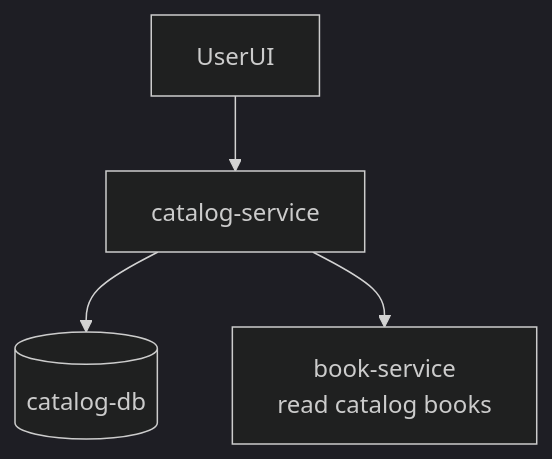
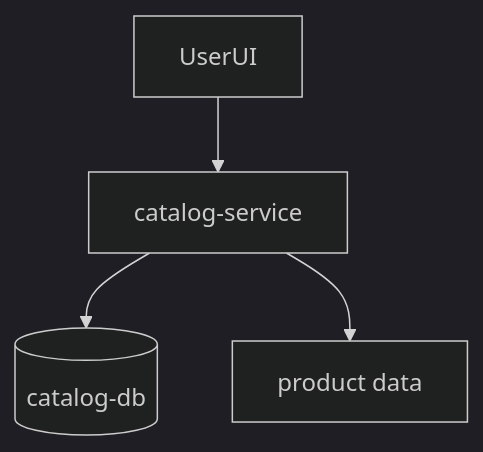
The sixth of 13 diagrams in docs/architecture-diagrams.md (nkokmit/HTN), drawn with Mermaid (dark theme) before and after one commit. The commit also changed other lines of this file and 194 other files, not shown here.

````diff
--- a/docs/architecture-diagrams.md
+++ b/docs/architecture-diagrams.md
@@ -96,6 +77,6 @@
 ```mermaid
 flowchart TD
     UserUI --> CatalogAPI[catalog-service]
     CatalogAPI --> CatalogDB[(catalog-db)]
-    CatalogAPI --> BookAPI[book-service\nread catalog books]
+    CatalogAPI --> ProductAPI[product data]
 ```
````
